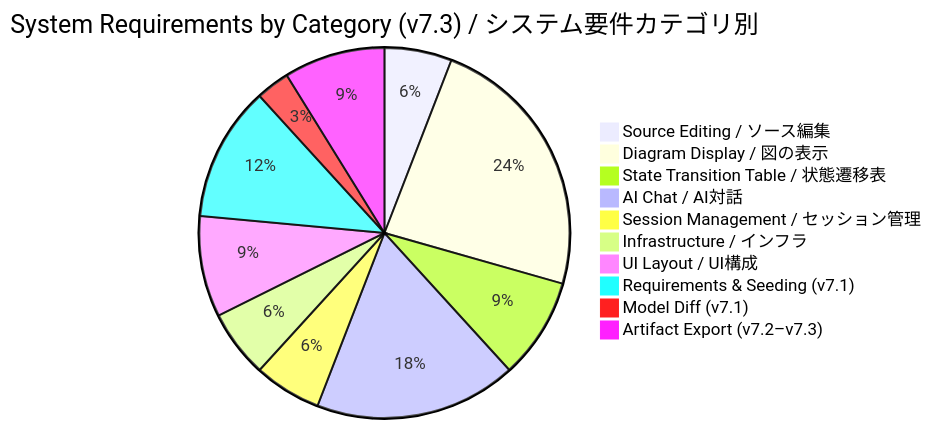
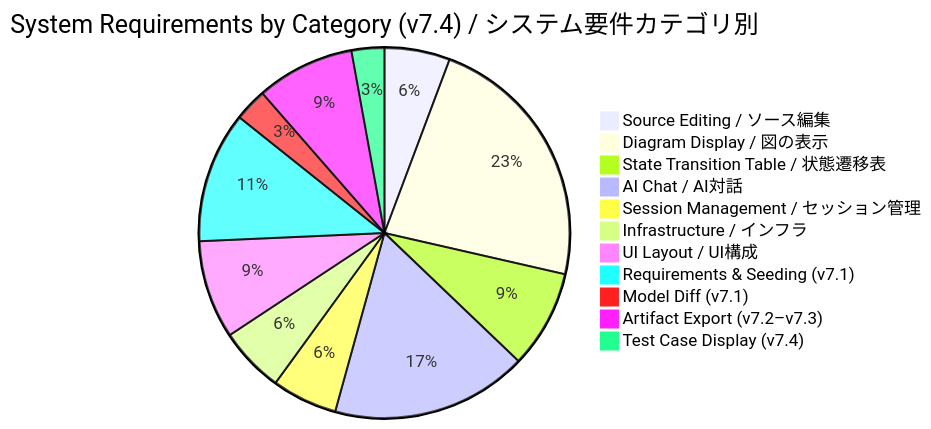
One commit to sho1884/ModelLogue changed the second of 2 diagrams in Doc/Traceability.md. Above: the diagram before and after it, drawn with Mermaid. The commit also changed other lines of this file and 5 other files, not shown here.

First line of the commit message:
Plan v7.4: reactive test case tab via nswitch HTTP API

````diff
--- a/Doc/Traceability.md
+++ b/Doc/Traceability.md
@@ -214,13 +225,14 @@
 ```mermaid
-pie title System Requirements by Category (v7.3) / システム要件カテゴリ別
+pie title System Requirements by Category (v7.4) / システム要件カテゴリ別
     "Source Editing / ソース編集" : 2
     "Diagram Display / 図の表示" : 8
     "State Transition Table / 状態遷移表" : 3
     "AI Chat / AI対話" : 6
     "Session Management / セッション管理" : 2
     "Infrastructure / インフラ" : 2
     "UI Layout / UI構成" : 3
     "Requirements & Seeding (v7.1)" : 4
     "Model Diff (v7.1)" : 1
     "Artifact Export (v7.2–v7.3)" : 3
+    "Test Case Display (v7.4)" : 1
 ```
````
